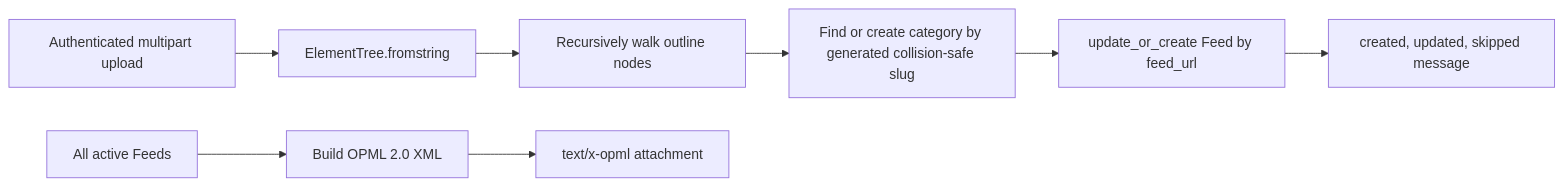
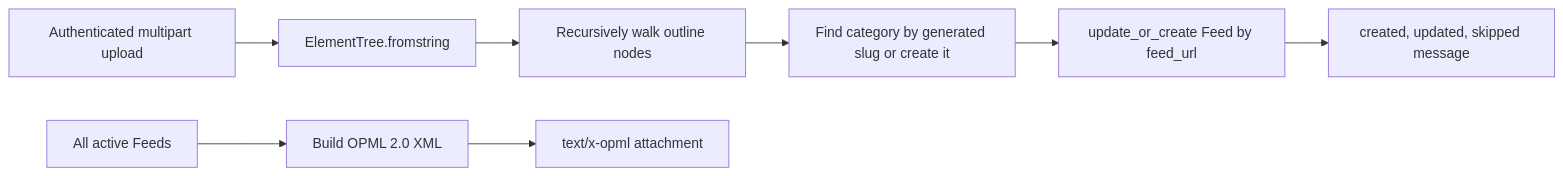
Diagram 11 of 12 in docs/architecture/current-state.md (feoh/daily-firehose), drawn with Mermaid before and after one commit. The commit also changed other lines of this file and 5 other files, not shown here.

````diff
--- a/docs/architecture/current-state.md
+++ b/docs/architecture/current-state.md
@@ -603,11 +603,11 @@
 ```mermaid
 flowchart LR
     Upload["Authenticated multipart upload"] --> Parse["ElementTree.fromstring"]
     Parse --> Walk["Recursively walk outline nodes"]
-    Walk --> Category["Find or create category by generated collision-safe slug"]
+    Walk --> Category["Find category by generated slug or create it"]
     Category --> Feed["update_or_create Feed by feed_url"]
     Feed --> Summary["created, updated, skipped message"]
 
     Active["All active Feeds"] --> XML["Build OPML 2.0 XML"]
     XML --> Download["text/x-opml attachment"]
 ```
````
